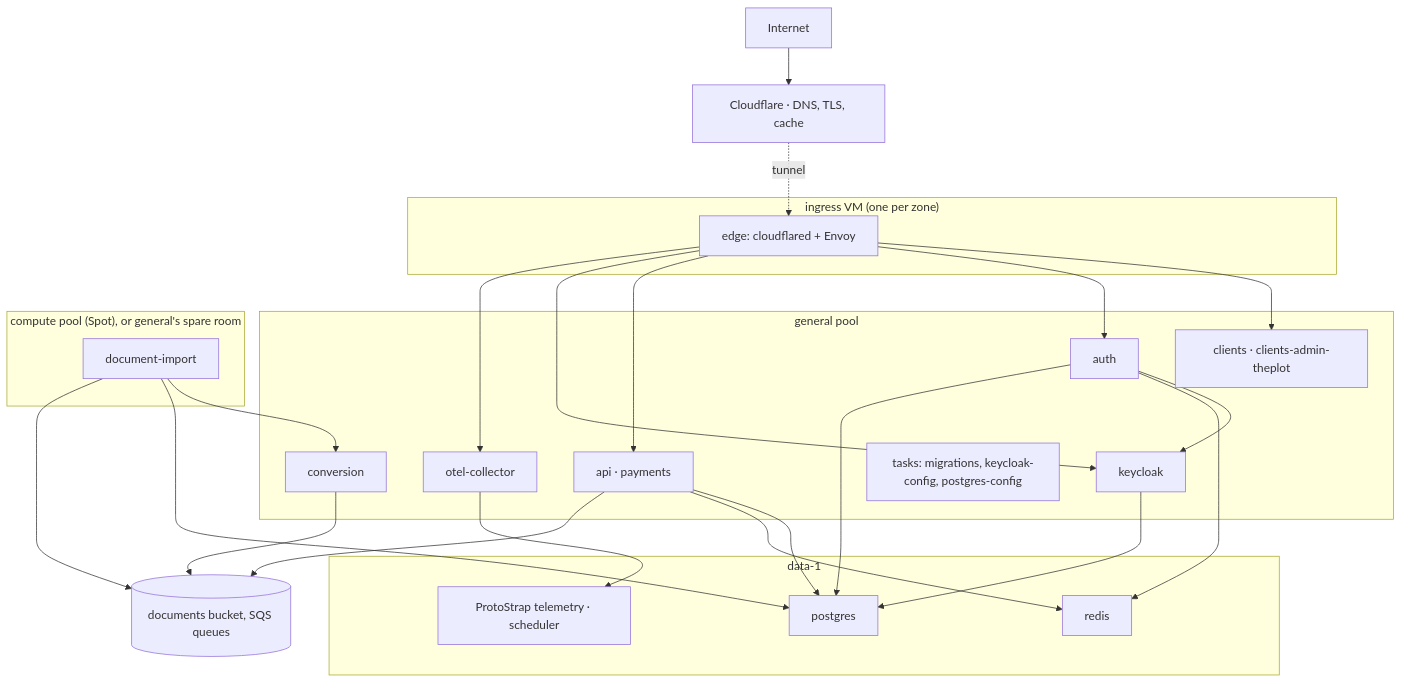
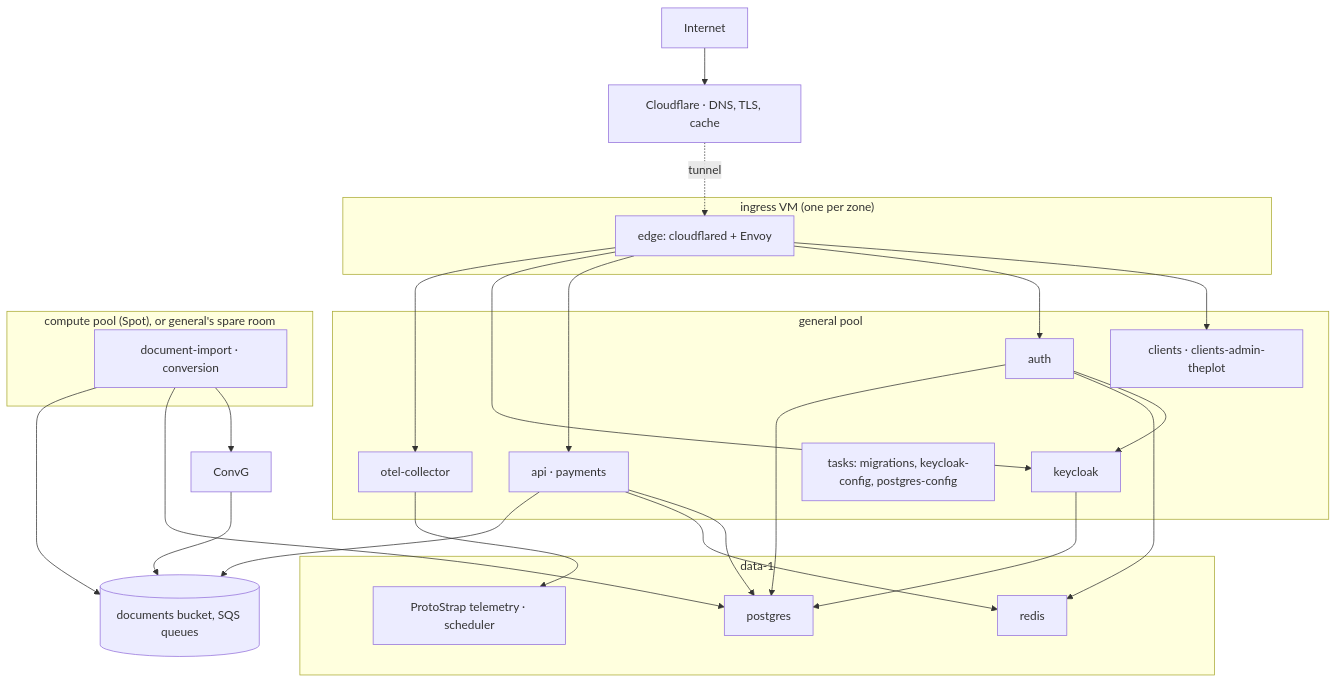
The second of 2 diagrams in docs/01-topology.md (duncan-G/ProtoFast), drawn with Mermaid before and after one commit. The commit also changed other lines of this file and 36 other files, not shown here.

````diff
--- a/docs/01-topology.md
+++ b/docs/01-topology.md
@@ -86,37 +87,36 @@
 ```mermaid
 graph TD
     Internet --> CF["Cloudflare · DNS, TLS, cache"]
     CF -.->|tunnel| Edge
 
     subgraph Ingress["ingress VM (one per zone)"]
         Edge["edge: cloudflared + Envoy"]
     end
 
     subgraph General["general pool"]
         Clients["clients · clients-admin-theplot"]
         AuthG["auth"]
         ApiG["api · payments"]
         KCG["keycloak"]
         OtelG["otel-collector"]
-        ConvG["conversion"]
         Tasks["tasks: migrations, keycloak-config, postgres-config"]
     end
 
     subgraph Compute["compute pool (Spot), or general's spare room"]
-        ImportC["document-import"]
+        ImportC["document-import · conversion"]
     end
 
     subgraph Data1["data-1"]
         PGD["postgres"]
         RedisD["redis"]
         Tel["ProtoStrap telemetry · scheduler"]
     end
 
     Edge --> Clients & AuthG & ApiG & KCG & OtelG
     AuthG --> KCG & RedisD & PGD
     ApiG --> PGD & RedisD
     KCG --> PGD
     ImportC --> ConvG & PGD
     ApiG & ImportC & ConvG --> S3[("documents bucket, SQS queues")]
     OtelG --> Tel
 ```
````
